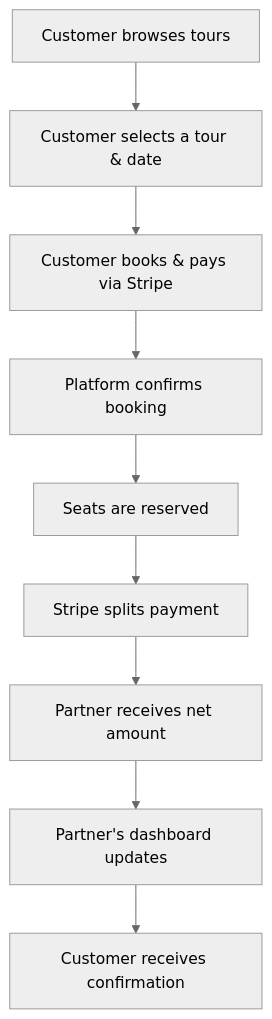
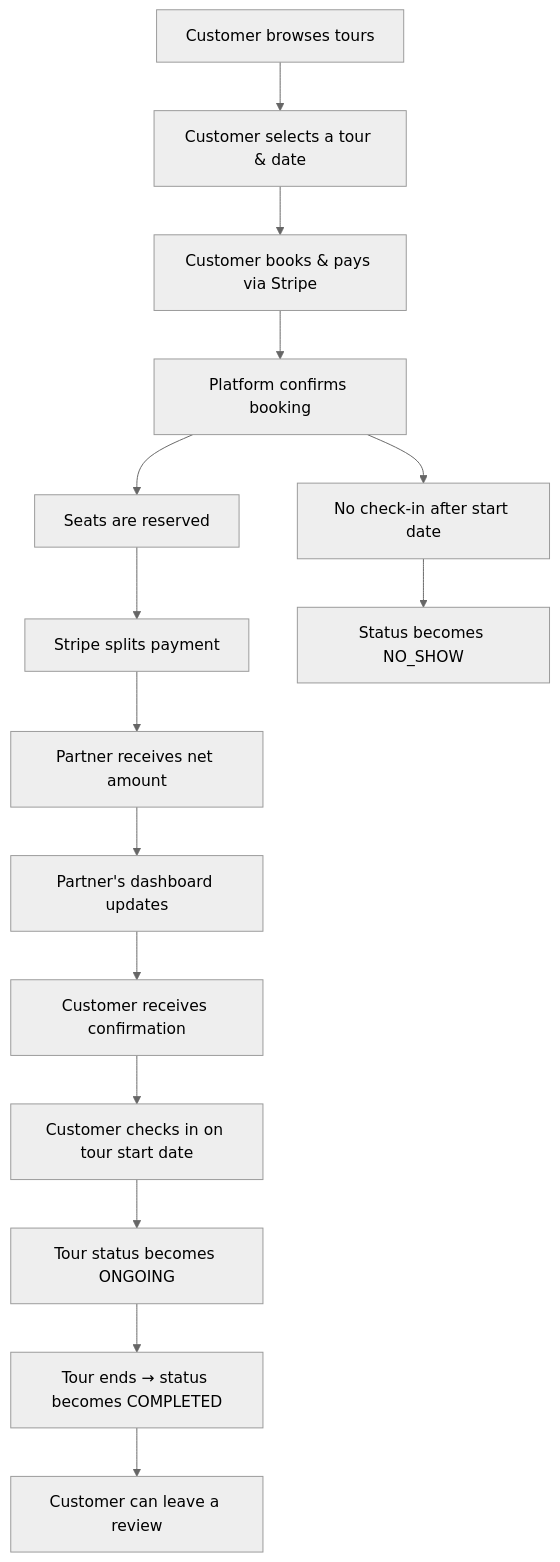
The diagram in README.md (AndreWicaksono/natours), drawn with Mermaid (neutral theme) before and after one commit. The commit also changed other lines of this file and 8 other files, not shown here.

First line of the commit message:
feat(api): enhance booking status flow with check-in and auto-status transitions

````diff
--- a/README.md
+++ b/README.md
@@ -62,11 +62,17 @@
 ```mermaid
 graph TD
-    A[Customer browses tours] --> B[Customer selects a tour & date]
-    B --> C[Customer books & pays via Stripe]
-    C --> D[Platform confirms booking]
-    D --> E[Seats are reserved]
-    E --> F[Stripe splits payment]
-    F --> G[Partner receives net amount]
-    G --> H[Partner's dashboard updates]
-    H --> I[Customer receives confirmation]
+A[Customer browses tours] --> B[Customer selects a tour & date]
+B --> C[Customer books & pays via Stripe]
+C --> D[Platform confirms booking]
+D --> E[Seats are reserved]
+E --> F[Stripe splits payment]
+F --> G[Partner receives net amount]
+G --> H[Partner's dashboard updates]
+H --> I[Customer receives confirmation]
+I --> J[Customer checks in on tour start date]
+J --> K[Tour status becomes ONGOING]
+K --> L[Tour ends → status becomes COMPLETED]
+L --> M[Customer can leave a review]
+D --> N[No check-in after start date]
+N --> O[Status becomes NO_SHOW]
 ```
````
